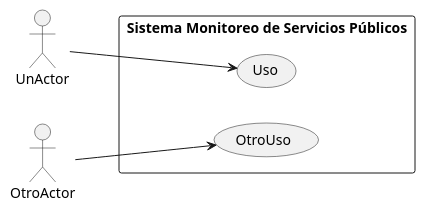
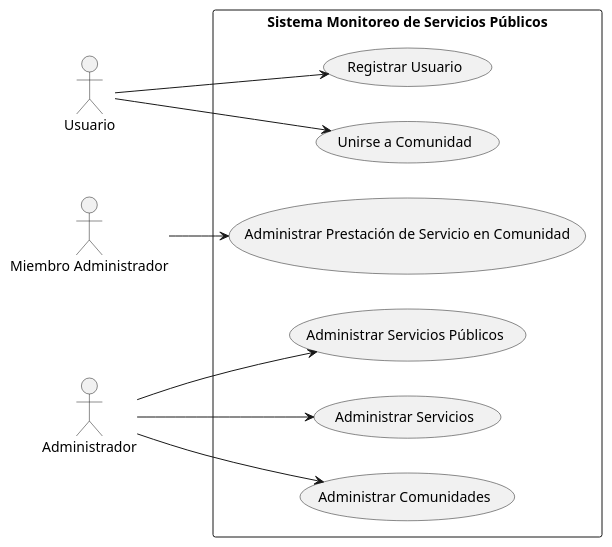
The diagram in docs/cu.plantuml (ValenAquino/tp-dds-2023), drawn with PlantUML before and after one commit.

Commit message:
docs(cu): agrego actores y CU

```diff
--- a/docs/cu.plantuml
+++ b/docs/cu.plantuml
@@ -1,16 +1,29 @@
 @startuml TPA1-CU
 
 left to right direction
 
-actor UnActor
-actor OtroActor
+actor Usuario
+actor "Miembro Administrador" as MiembroAdministrador
+actor Administrador
 
 rectangle "Sistema Monitoreo de Servicios Públicos" {
-  usecase Uso
-  usecase OtroUso
+  (Registrar Usuario) as RegistrarUsuario
+  (Unirse a Comunidad) as UnirseAComunidad
+  
+  (Administrar Prestación de Servicio en Comunidad) as AdmPrestacionDeServicio
+
+  (Administrar Servicios Públicos) as AdmServicioPublico
+  (Administrar Servicios) as AdmServicios
+  (Administrar Comunidades) as AdmComunidades
 }
 
-UnActor --> Uso
-OtroActor --> OtroUso
+Usuario --> RegistrarUsuario
+Usuario --> UnirseAComunidad
+
+MiembroAdministrador --> AdmPrestacionDeServicio
+
+Administrador --> AdmServicioPublico
+Administrador --> AdmServicios
+Administrador --> AdmComunidades
 
 @enduml
```
